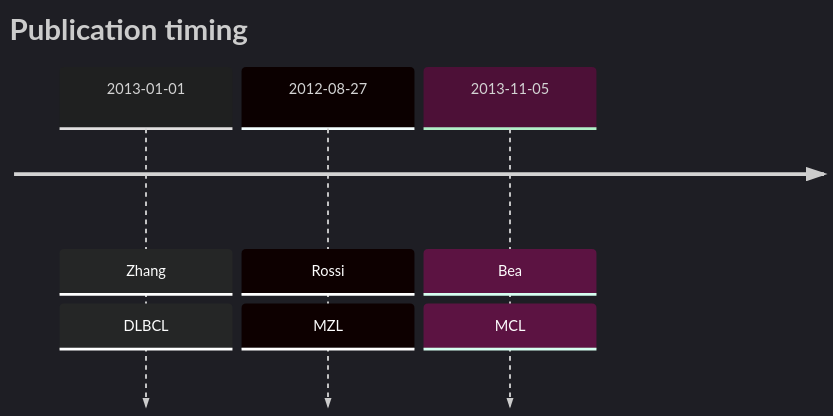
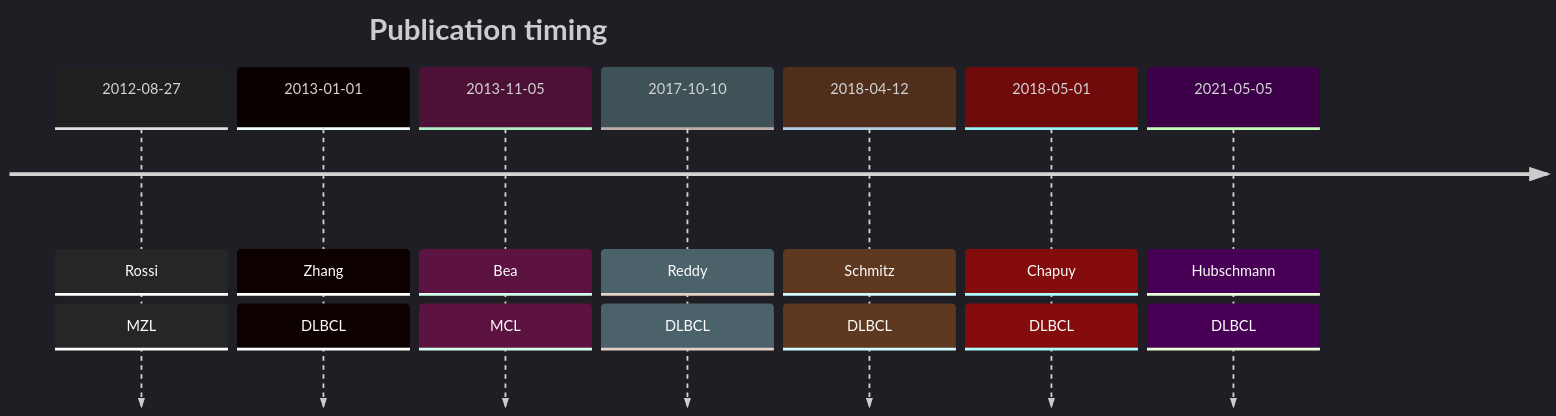
One commit to morinlab/lymphopedia changed the diagram in NOTCH2.md. Above: the diagram before and after it, drawn with Mermaid.

````diff
--- a/NOTCH2.md
+++ b/NOTCH2.md
@@ -9,8 +9,12 @@
 ```mermaid
 %%{init: { 'logLevel': 'debug', 'theme': 'dark' } }%%
 timeline
     title Publication timing
-      2013-01-01 : Zhang : DLBCL
-      2012-08-27 : Rossi : MZL
-      2013-11-05 : Bea : MCL
+2012-08-27 : Rossi : MZL
+2013-01-01 : Zhang : DLBCL
+2013-11-05 : Bea : MCL
+2017-10-10 : Reddy : DLBCL
+2018-04-12 : Schmitz : DLBCL
+2018-05-01 : Chapuy : DLBCL
+2021-05-05 : Hubschmann : DLBCL
 ```
````
